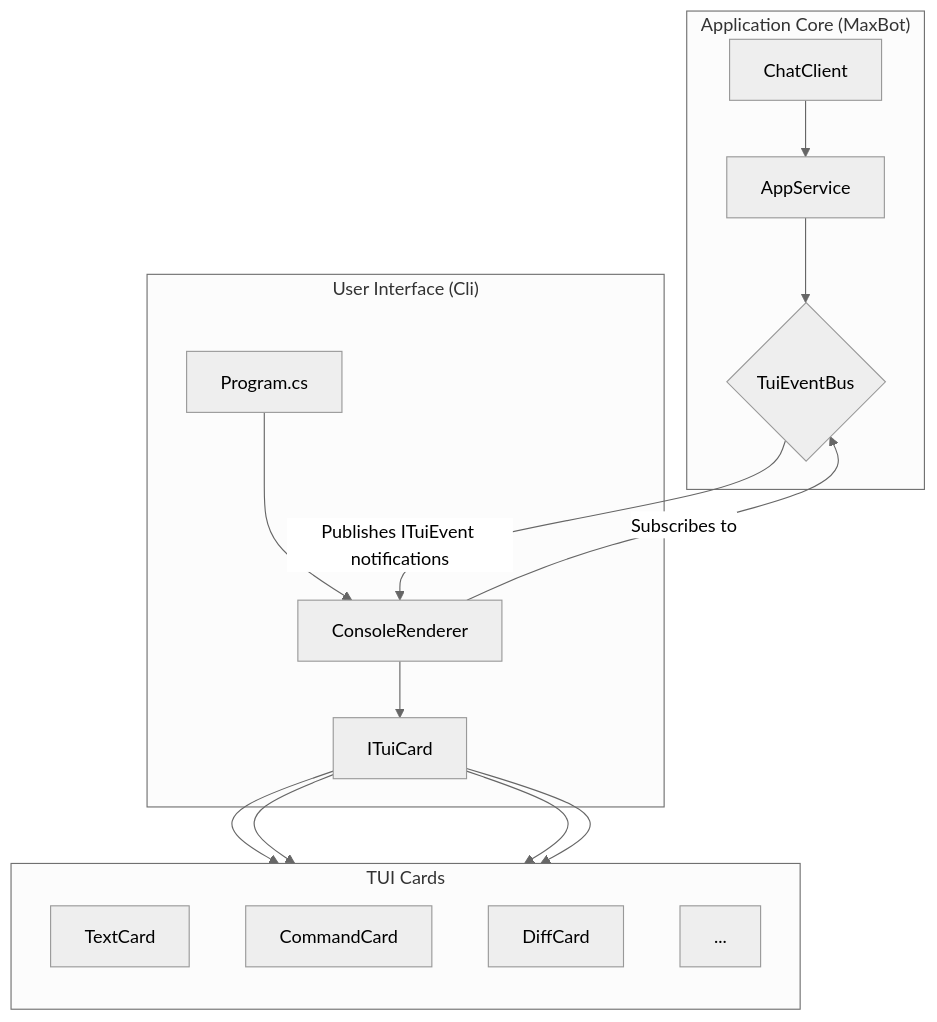
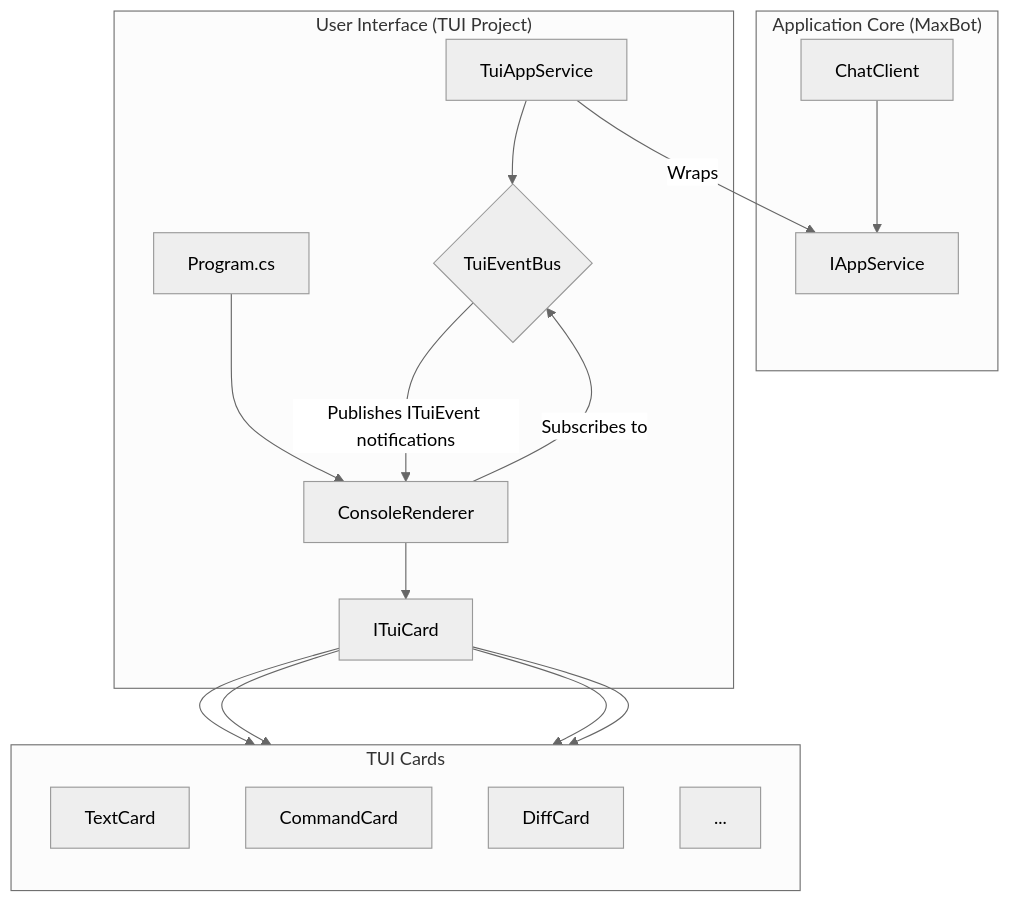
The first of 2 diagrams in docs/features/tui/architecture_and_design.md (peakflames/mogzi), drawn with Mermaid (neutral theme) before and after one commit. The commit also changed other lines of this file and 6 other files, not shown here.

````diff
--- a/docs/features/tui/architecture_and_design.md
+++ b/docs/features/tui/architecture_and_design.md
@@ -15,23 +17,25 @@
 ```mermaid
 graph TD
     subgraph "Application Core (MaxBot)"
-        A[AppService] --> B{TuiEventBus};
+        A[IAppService]
         C[ChatClient] --> A;
     end
 
-    subgraph "User Interface (Cli)"
-        D[ConsoleRenderer] -- "Subscribes to" --> B;
-        D --> E[ITuiCard];
-        F[Program.cs] --> D;
+    subgraph "User Interface (TUI Project)"
+        D[TuiAppService] -- "Wraps" --> A;
+        D --> B{TuiEventBus};
+        E[ConsoleRenderer] -- "Subscribes to" --> B;
+        E --> F[ITuiCard];
+        G[Program.cs] --> E;
     end
 
     subgraph "TUI Cards"
         direction TB
-        E --> G[TextCard];
-        E --> H[CommandCard];
-        E --> I[DiffCard];
-        E --> J[...];
+        F --> H[TextCard];
+        F --> I[CommandCard];
+        F --> J[DiffCard];
+        F --> K[...];
     end
 
-    B -- "Publishes ITuiEvent notifications" --> D;
+    B -- "Publishes ITuiEvent notifications" --> E;
 ```
````
